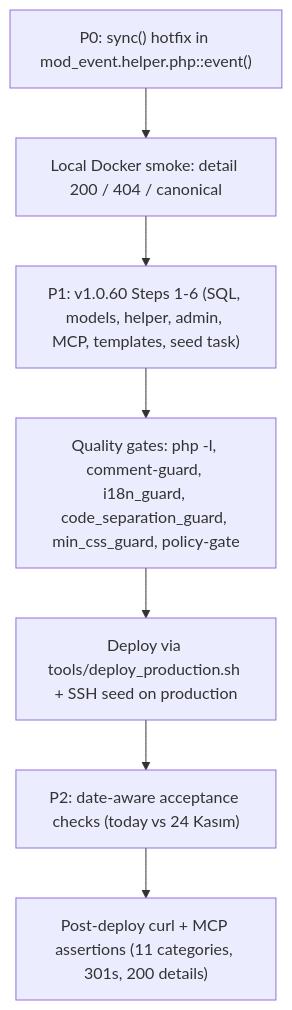
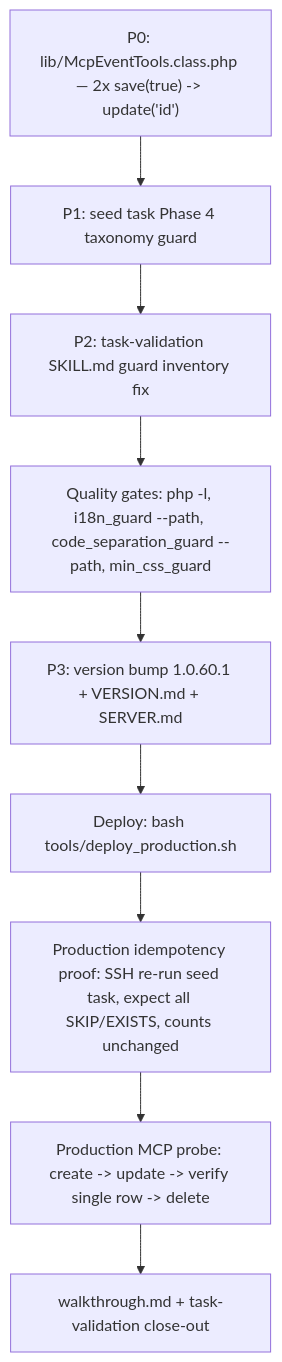
The diagram in docs/plan/v1.0.60.1-production-health-negative-findings-and-remediation-plan.md (malpersaz/Bulletin), drawn with Mermaid before and after one commit. The commit also changed other lines of this file and 8 other files, not shown here.

Commit message:
Release v1.0.60.1: MCP Event update row-duplication hotfix and seed task idempotency guard

````diff
--- a/docs/plan/v1.0.60.1-production-health-negative-findings-and-remediation-plan.md
+++ b/docs/plan/v1.0.60.1-production-health-negative-findings-and-remediation-plan.md
@@ -78,9 +138,11 @@
 ```mermaid
 flowchart TD
-    A["P0: sync() hotfix in mod_event.helper.php::event()"] --> B["Local Docker smoke: detail 200 / 404 / canonical"]
-    B --> C["P1: v1.0.60 Steps 1-6 (SQL, models, helper, admin, MCP, templates, seed task)"]
-    C --> D["Quality gates: php -l, comment-guard, i18n_guard, code_separation_guard, min_css_guard, policy-gate"]
-    D --> E["Deploy via tools/deploy_production.sh + SSH seed on production"]
-    E --> F["P2: date-aware acceptance checks (today vs 24 Kasım)"]
-    F --> G["Post-deploy curl + MCP assertions (11 categories, 301s, 200 details)"]
+    A["P0: lib/McpEventTools.class.php — 2x save(true) -> update('id')"] --> B["P1: seed task Phase 4 taxonomy guard"]
+    B --> C["P2: task-validation SKILL.md guard inventory fix"]
+    C --> D["Quality gates: php -l, i18n_guard --path, code_separation_guard --path, min_css_guard"]
+    D --> E["P3: version bump 1.0.60.1 + VERSION.md + SERVER.md"]
+    E --> F["Deploy: bash tools/deploy_production.sh"]
+    F --> G["Production idempotency proof: SSH re-run seed task, expect all SKIP/EXISTS, counts unchanged"]
+    G --> H["Production MCP probe: create -> update -> verify single row -> delete"]
+    H --> I["walkthrough.md + task-validation close-out"]
 ```
````
